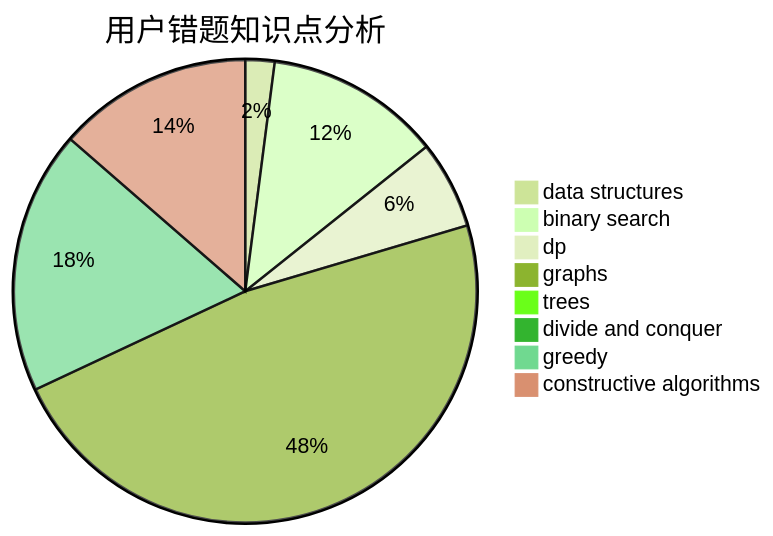
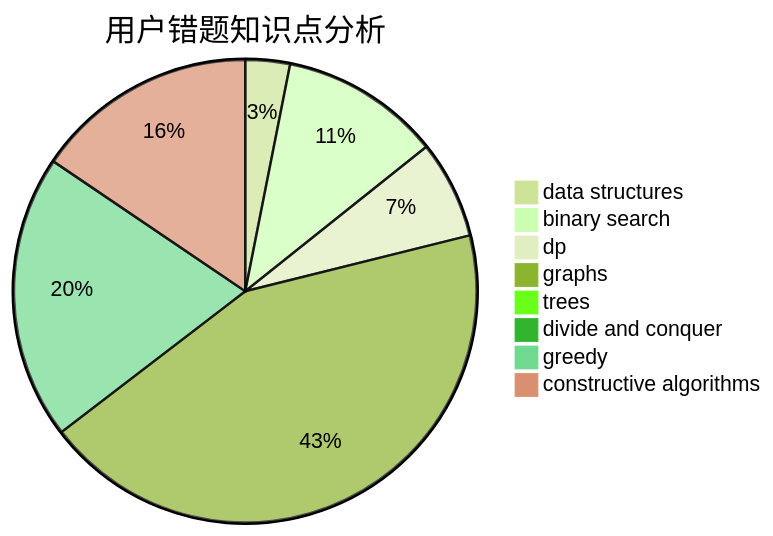
Before and after one commit to sherpahu/cfrs.github.io: the third of 3 diagrams in docs/user/u1790.md, drawn with Mermaid (forest theme). The commit also changed other lines of this file and 2770 other files, not shown here.

````diff
--- a/docs/user/u1790.md
+++ b/docs/user/u1790.md
@@ -36,11 +36,11 @@
 ```mermaid
 pie title 用户错题知识点分析
-    "data structures" :  3
+    "data structures" :  5
     "binary search" :  18
-    "dp" :  9
+    "dp" :  11
     "graphs" :  70
     "trees" :  0
     "divide and conquer" :  0
-    "greedy" :  27
-    "constructive algorithms" :  20
+    "greedy" :  32
+    "constructive algorithms" :  25
 ```
````
